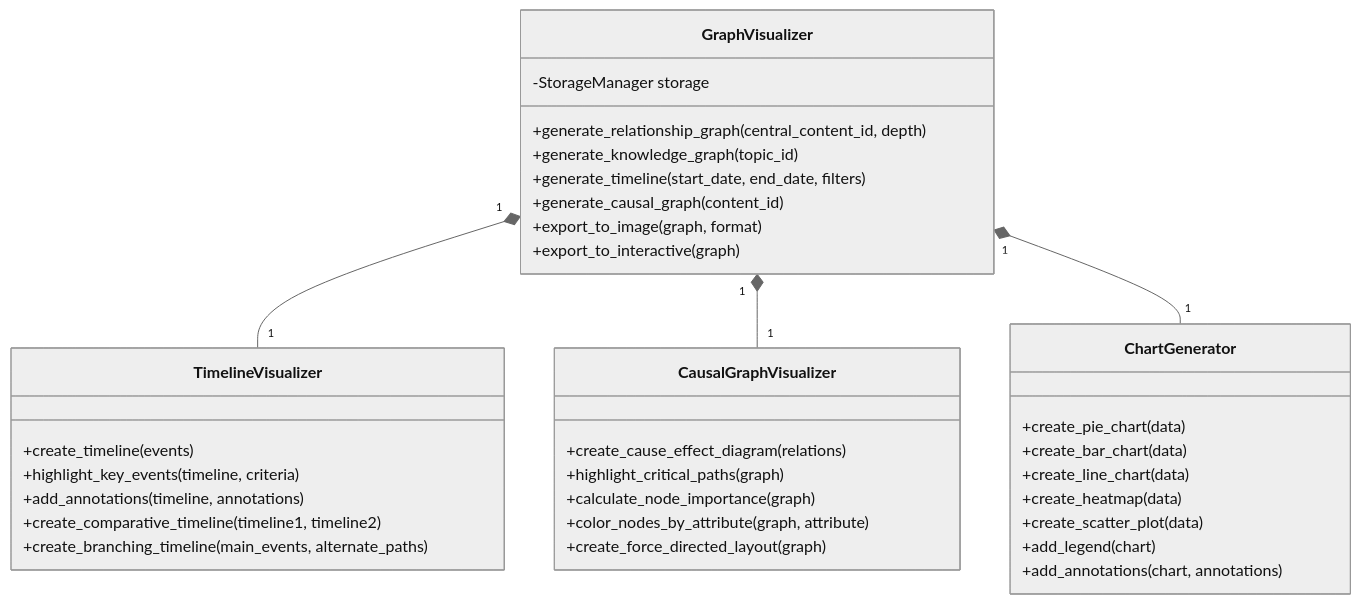
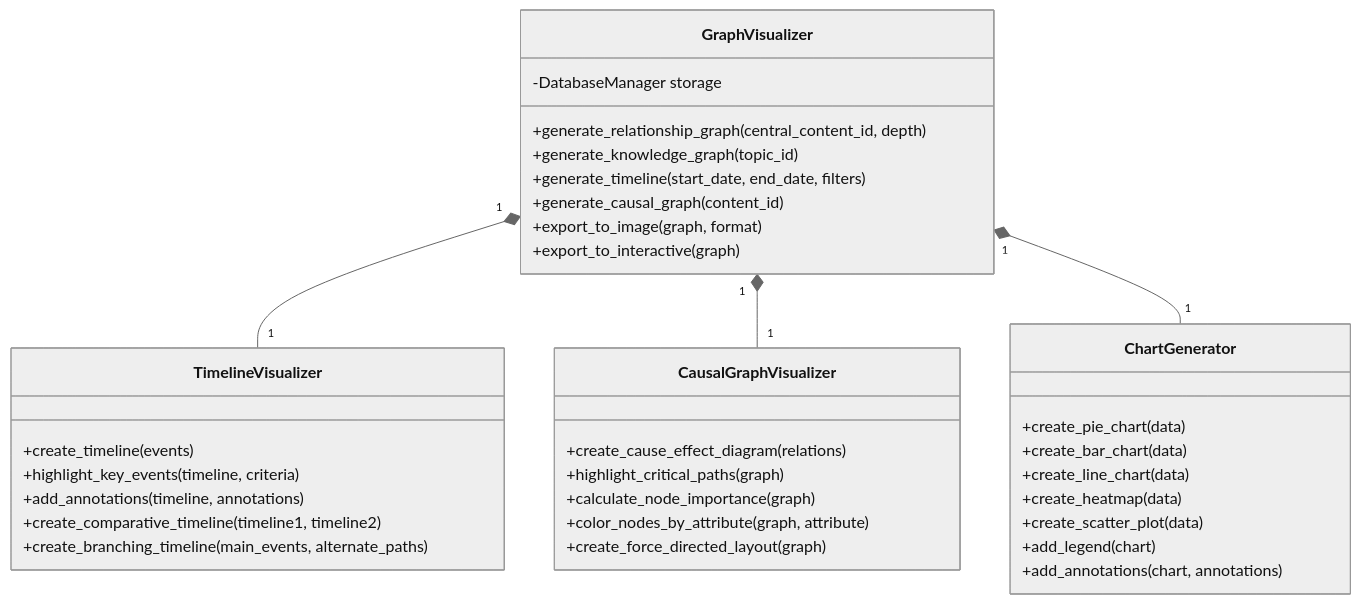
The seventh of 9 diagrams in docs/architecture.md (gtarcoder/insight-flow), drawn with Mermaid (neutral theme) before and after one commit. The commit also changed other lines of this file and 21 other files, not shown here.

````diff
--- a/docs/architecture.md
+++ b/docs/architecture.md
@@ -300,42 +324,42 @@
 ```mermaid
 classDiagram
     class GraphVisualizer {
-        -StorageManager storage
+        -DatabaseManager storage
         +generate_relationship_graph(central_content_id, depth)
         +generate_knowledge_graph(topic_id)
         +generate_timeline(start_date, end_date, filters)
         +generate_causal_graph(content_id)
         +export_to_image(graph, format)
         +export_to_interactive(graph)
     }
     
     class TimelineVisualizer {
         +create_timeline(events)
         +highlight_key_events(timeline, criteria)
         +add_annotations(timeline, annotations)
         +create_comparative_timeline(timeline1, timeline2)
         +create_branching_timeline(main_events, alternate_paths)
     }
     
     class CausalGraphVisualizer {
         +create_cause_effect_diagram(relations)
         +highlight_critical_paths(graph)
         +calculate_node_importance(graph)
         +color_nodes_by_attribute(graph, attribute)
         +create_force_directed_layout(graph)
     }
     
     class ChartGenerator {
         +create_pie_chart(data)
         +create_bar_chart(data)
         +create_line_chart(data)
         +create_heatmap(data)
         +create_scatter_plot(data)
         +add_legend(chart)
         +add_annotations(chart, annotations)
     }
     
     GraphVisualizer "1" *-- "1" TimelineVisualizer
     GraphVisualizer "1" *-- "1" CausalGraphVisualizer
     GraphVisualizer "1" *-- "1" ChartGenerator
 ```
````
